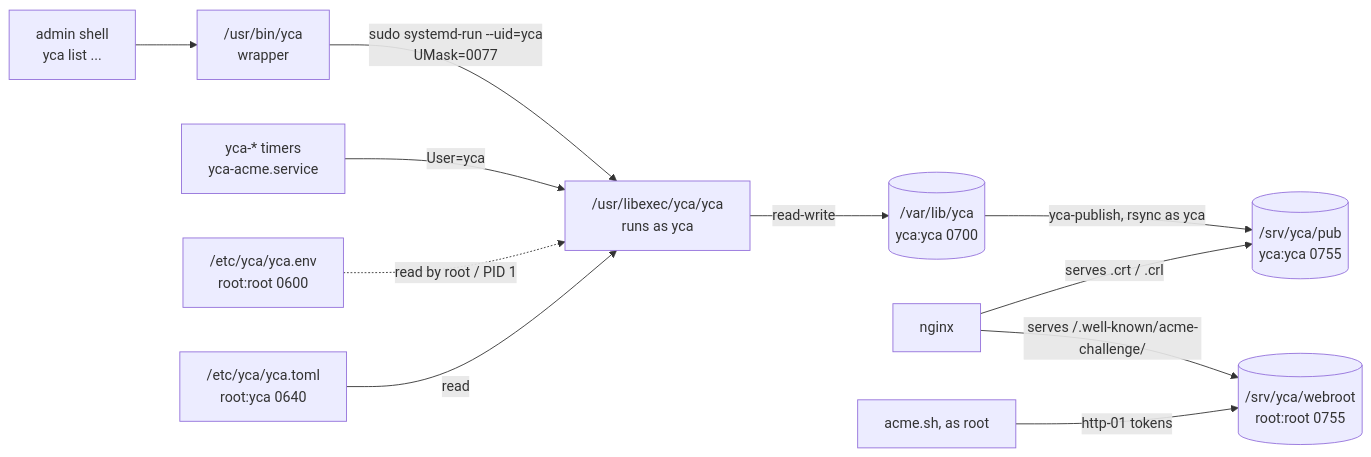
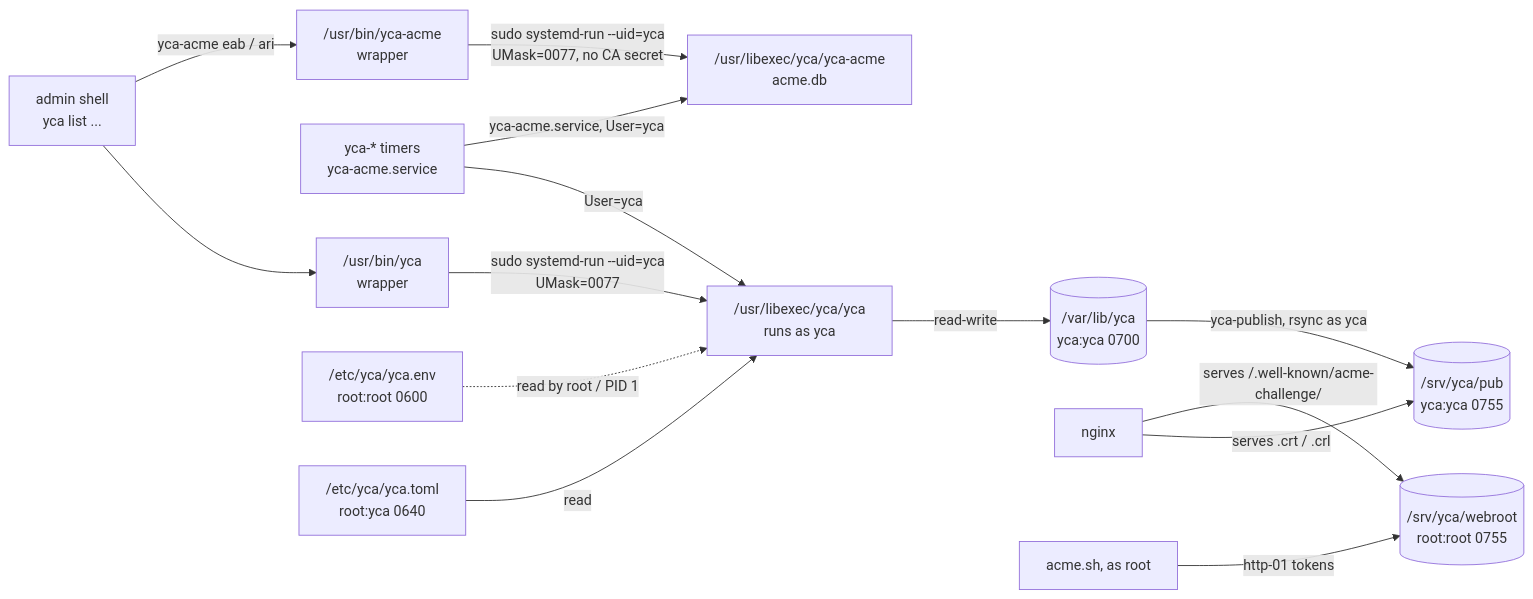
One commit to p7cq/yca changed the diagram in docs/install.md. Above: the diagram before and after it, drawn with Mermaid. The commit also changed other lines of this file and 15 other files, not shown here.

First line of the commit message:
Packaging: run yca-acme through an operator wrapper

````diff
--- a/docs/install.md
+++ b/docs/install.md
@@ -17,13 +17,16 @@
 ```mermaid
 flowchart LR
     admin["admin shell<br/>yca list ..."] --> wrapper["/usr/bin/yca<br/>wrapper"]
     wrapper -->|"sudo systemd-run --uid=yca<br/>UMask=0077"| cli["/usr/libexec/yca/yca<br/>runs as yca"]
     units["yca-* timers<br/>yca-acme.service"] -->|"User=yca"| cli
+    admin -->|"yca-acme eab / ari"| awrapper["/usr/bin/yca-acme<br/>wrapper"]
+    awrapper -->|"sudo systemd-run --uid=yca<br/>UMask=0077, no CA secret"| acme["/usr/libexec/yca/yca-acme<br/>acme.db"]
+    units -->|"yca-acme.service, User=yca"| acme
     env["/etc/yca/yca.env<br/>root:root 0600"] -.->|"read by root / PID 1"| cli
     cfg["/etc/yca/yca.toml<br/>root:yca 0640"] -->|"read"| cli
     cli -->|"read-write"| state[("/var/lib/yca<br/>yca:yca 0700")]
     state -->|"yca-publish, rsync as yca"| pub[("/srv/yca/pub<br/>yca:yca 0755")]
     nginx["nginx"] -->|"serves .crt / .crl"| pub
     acmesh["acme.sh, as root"] -->|"http-01 tokens"| webroot[("/srv/yca/webroot<br/>root:root 0755")]
     nginx -->|"serves /.well-known/acme-challenge/"| webroot
 ```
````
